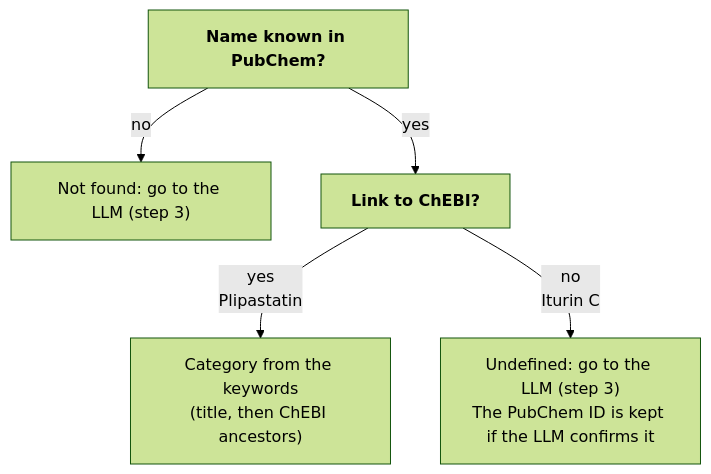
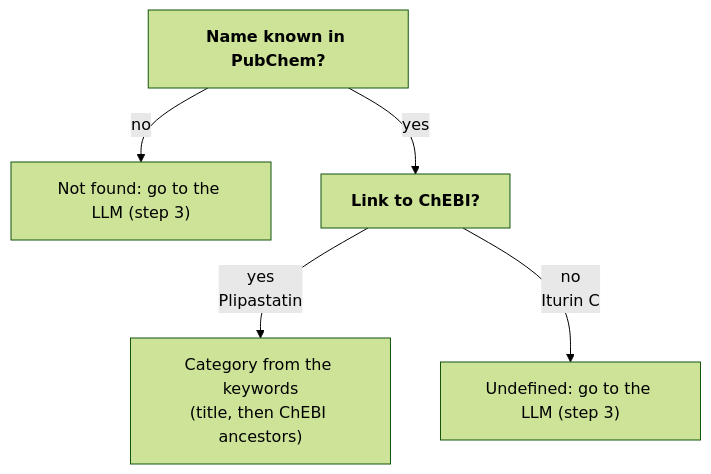
Before and after one commit to MDverse/mdner_llm: the fourth of 4 diagrams in docs/molecules_classification.md, drawn with Mermaid (forest theme). The commit also changed other lines of this file and 3 other files, not shown here.

````diff
--- a/docs/molecules_classification.md
+++ b/docs/molecules_classification.md
@@ -272,7 +282,7 @@
 ```mermaid
 flowchart TD
     A["<b>Name known in PubChem?</b>"] -- "no" --> X["Not found: go to the LLM (step 3)"]
     A -- "yes" --> B["<b>Link to ChEBI?</b>"]
     B -- "yes<br/>Plipastatin" --> C["Category from the keywords<br/>(title, then ChEBI ancestors)"]
-    B -- "no<br/>Iturin C" --> D["Undefined: go to the LLM (step 3)<br/>The PubChem ID is kept if the LLM confirms it"]
+    B -- "no<br/>Iturin C" --> D["Undefined: go to the LLM (step 3)"]
 ```
````
